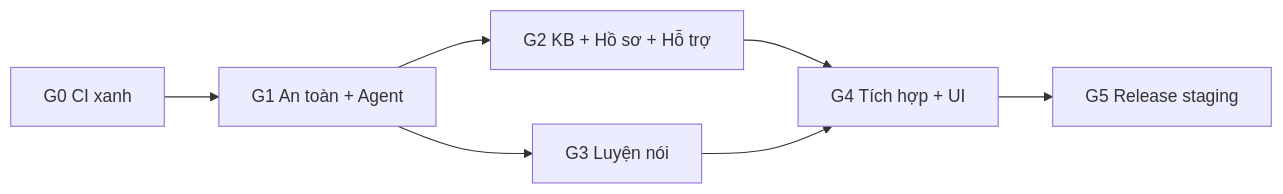
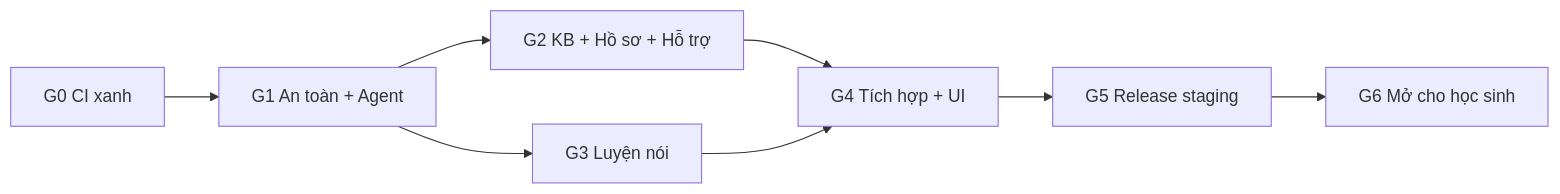
One commit to mhiu05/MoodPrint changed the diagram in docs/moodprint-school-safety/00-executive-summary.md. Above: the diagram before and after it, drawn with Mermaid. The commit also changed other lines of this file and 36 other files, not shown here.

````diff
--- a/docs/moodprint-school-safety/00-executive-summary.md
+++ b/docs/moodprint-school-safety/00-executive-summary.md
@@ -53,9 +57,10 @@
 ```mermaid
 flowchart LR
     G0[G0 CI xanh] --> G1[G1 An toàn + Agent]
     G1 --> G2[G2 KB + Hồ sơ + Hỗ trợ]
     G1 --> G3[G3 Luyện nói]
     G2 --> G4[G4 Tích hợp + UI]
     G3 --> G4
     G4 --> G5[G5 Release staging]
+    G5 --> G6[G6 Mở cho học sinh]
 ```
````
